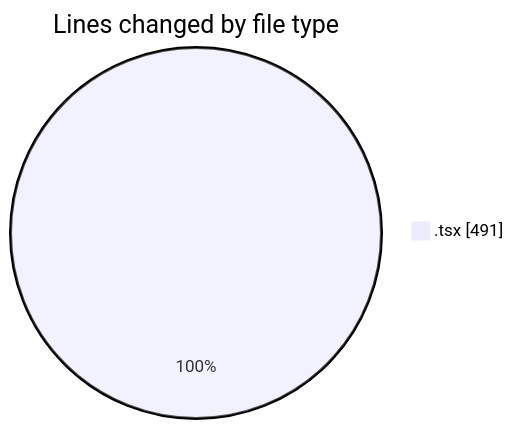
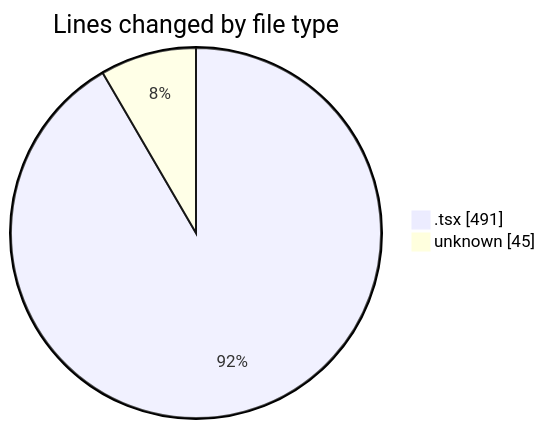
One commit to momahboobian/code-tracking changed the first of 2 diagrams in 2025-09-01/cda/README.md. Above: the diagram before and after it, drawn with Mermaid. The commit also changed other lines of this file and 1 other file, not shown here.

````diff
--- a/2025-09-01/cda/README.md
+++ b/2025-09-01/cda/README.md
@@ -21,5 +22,6 @@
 ```mermaid
 pie showData
 title Lines changed by file type
 ".tsx" : 491
+"unknown" : 45
 ```
````
